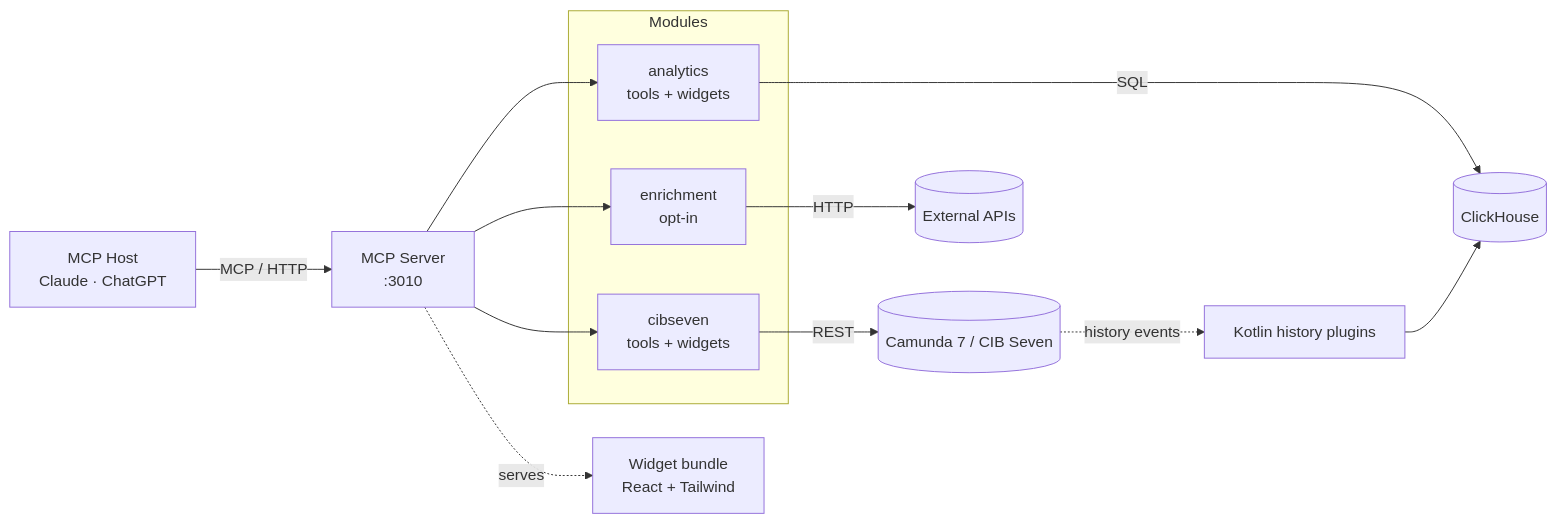
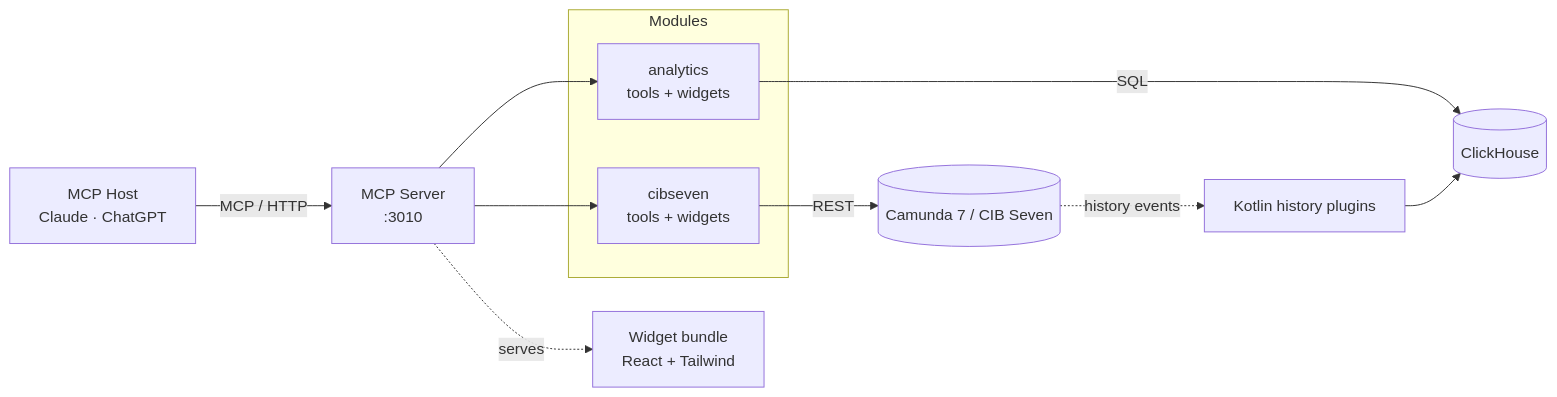
Before and after one commit to Miragon/miragon-ai: the diagram in docs/architecture.md, drawn with Mermaid. The commit also changed other lines of this file and 322 other files, not shown here.

````diff
--- a/docs/architecture.md
+++ b/docs/architecture.md
@@ -10,23 +10,20 @@
 ```mermaid
 flowchart LR
   Host[MCP Host<br/>Claude · ChatGPT] -->|MCP / HTTP| Server[MCP Server<br/>:3010]
 
   subgraph Modules
     Cibseven[cibseven<br/>tools + widgets]
     Analytics[analytics<br/>tools + widgets]
-    Enrichment[enrichment<br/>opt-in]
   end
 
   Server --> Cibseven
   Server --> Analytics
-  Server --> Enrichment
 
   Cibseven -->|REST| Engine[(Camunda 7 / CIB Seven)]
   Analytics -->|SQL| CH[(ClickHouse)]
-  Enrichment -->|HTTP| External[(External APIs)]
 
   Engine -. history events .-> Plugins[Kotlin history plugins]
   Plugins --> CH
 
   Server -. serves .-> Widgets[Widget bundle<br/>React + Tailwind]
 ```
````
